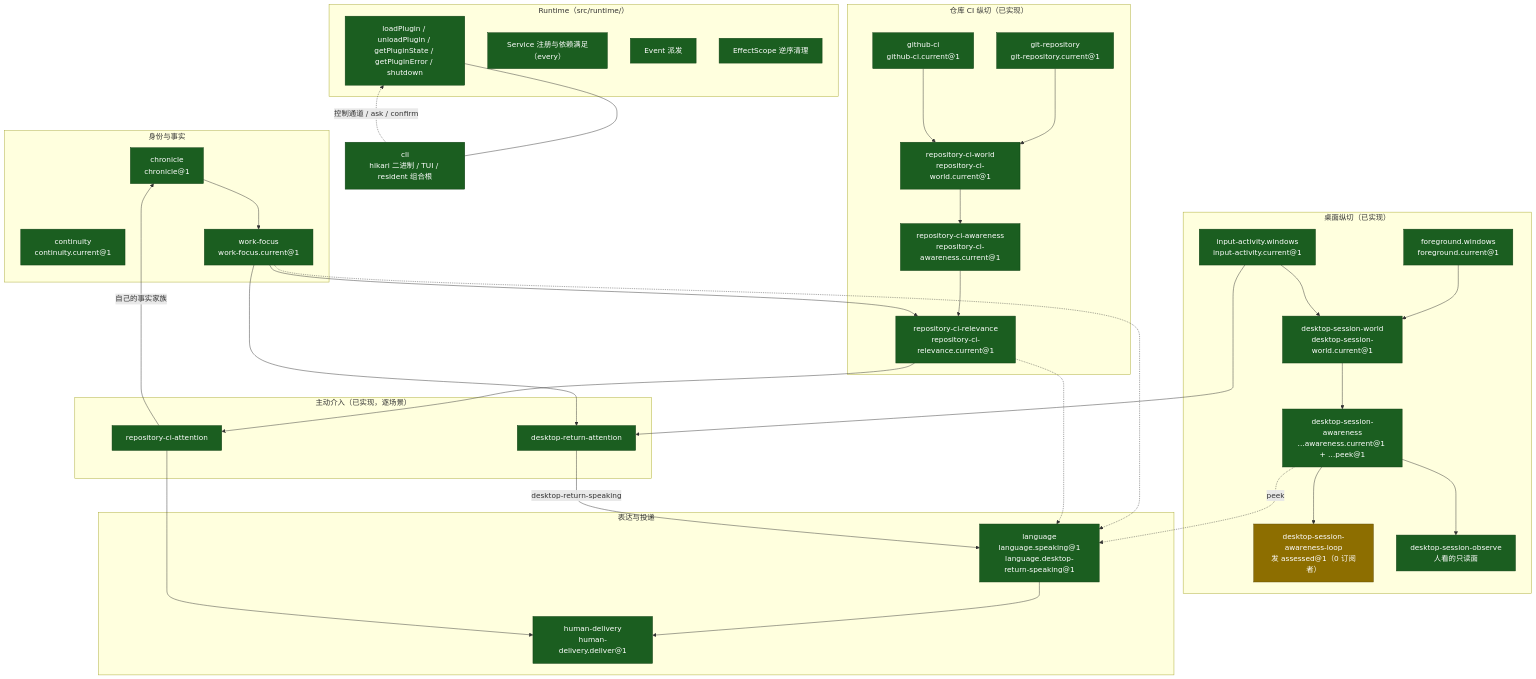
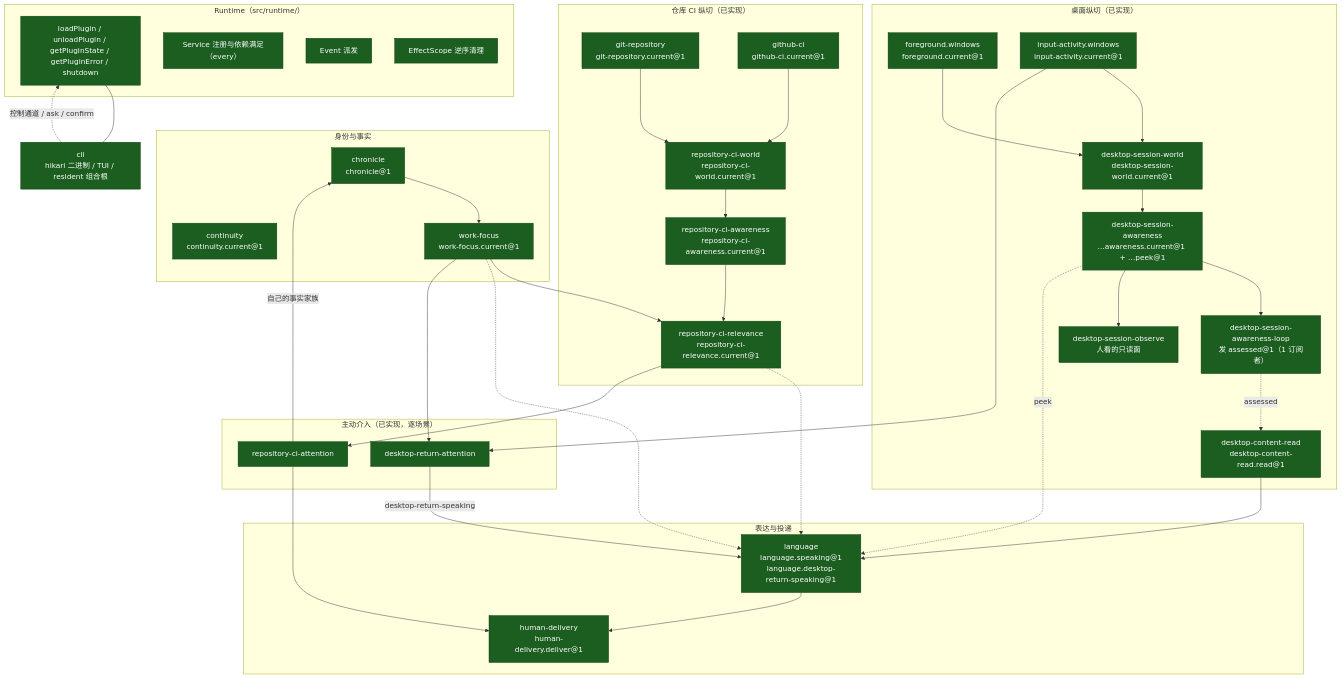
Before and after one commit to t1mb2rg/hikari-new: the diagram in docs/architecture/hikari-current.md, drawn with Mermaid. The commit also changed other lines of this file and 1 other file, not shown here.

First line of the commit message:
docs(architecture): 把 hikari-current 全量重测到 41adccd（五面交叉核对），并修一处源码假话

````diff
--- a/docs/architecture/hikari-current.md
+++ b/docs/architecture/hikari-current.md
@@ -36,75 +43,77 @@
 ```mermaid
 flowchart TB
   subgraph rt["Runtime（src/runtime/）"]
     R1["loadPlugin / unloadPlugin / getPluginState / getPluginError / shutdown"]
     R2["Service 注册与依赖满足（every）"]
     R3["Event 派发"]
     R4["EffectScope 逆序清理"]
   end
 
   subgraph identity["身份与事实"]
     C1["continuity<br/>continuity.current@1"]
     C2["chronicle<br/>chronicle@1"]
     WF["work-focus<br/>work-focus.current@1"]
   end
 
   subgraph desk["桌面纵切（已实现）"]
     FG["foreground.windows<br/>foreground.current@1"]
     IA["input-activity.windows<br/>input-activity.current@1"]
     DW["desktop-session-world<br/>desktop-session-world.current@1"]
     DA["desktop-session-awareness<br/>…awareness.current@1 + …peek@1"]
-    DL["desktop-session-awareness-loop<br/>发 assessed@1（0 订阅者）"]
+    DL["desktop-session-awareness-loop<br/>发 assessed@1（1 订阅者）"]
     DO["desktop-session-observe<br/>人看的只读面"]
+    DC["desktop-content-read<br/>desktop-content-read.read@1"]
   end
 
   subgraph rep["仓库 CI 纵切（已实现）"]
     GR["git-repository<br/>git-repository.current@1"]
     GH["github-ci<br/>github-ci.current@1"]
     RW["repository-ci-world<br/>repository-ci-world.current@1"]
     RA["repository-ci-awareness<br/>repository-ci-awareness.current@1"]
     RR["repository-ci-relevance<br/>repository-ci-relevance.current@1"]
   end
 
   subgraph out["表达与投递"]
     L["language<br/>language.speaking@1<br/>language.desktop-return-speaking@1"]
     HD["human-delivery<br/>human-delivery.deliver@1"]
   end
 
   subgraph proact["主动介入（已实现，逐场景）"]
     DRA["desktop-return-attention"]
     RCA["repository-ci-attention"]
   end
 
   CLI["cli<br/>hikari 二进制 / TUI / resident 组合根"]
 
   R1 --- CLI
   FG --> DW
   IA --> DW
   DW --> DA
   DA --> DL
   DA --> DO
   DA -.->|peek| L
+  DL -.->|assessed| DC
+  DC --> L
   GR --> RW
   GH --> RW
   RW --> RA
   RA --> RR
   WF --> RR
   C2 --> WF
   WF -.-> L
   RR -.-> L
   L --> HD
   IA --> DRA
   WF --> DRA
   DRA -->|desktop-return-speaking| L
   RR --> RCA
   RCA -->|"自己的事实家族"| C2
   RCA --> HD
   CLI -.->|控制通道 / ask / confirm| R1
 
   classDef impl fill:#1b5e20,stroke:#0d3d12,color:#fff
   classDef part fill:#8d6e00,stroke:#5c4800,color:#fff
   classDef absent fill:#4a148c,stroke:#2a0a52,color:#fff,stroke-dasharray:4 3
 
-  class R1,R2,R3,R4,C1,C2,WF,FG,IA,DW,DA,DL,DO,GR,GH,RW,RA,RR,L,HD,DRA,RCA,CLI impl
-  class DL part
+  class R1,R2,R3,R4,C1,C2,WF,FG,IA,DW,DA,DL,DO,DC,GR,GH,RW,RA,RR,L,HD,DRA,RCA,CLI impl
 ```
````
